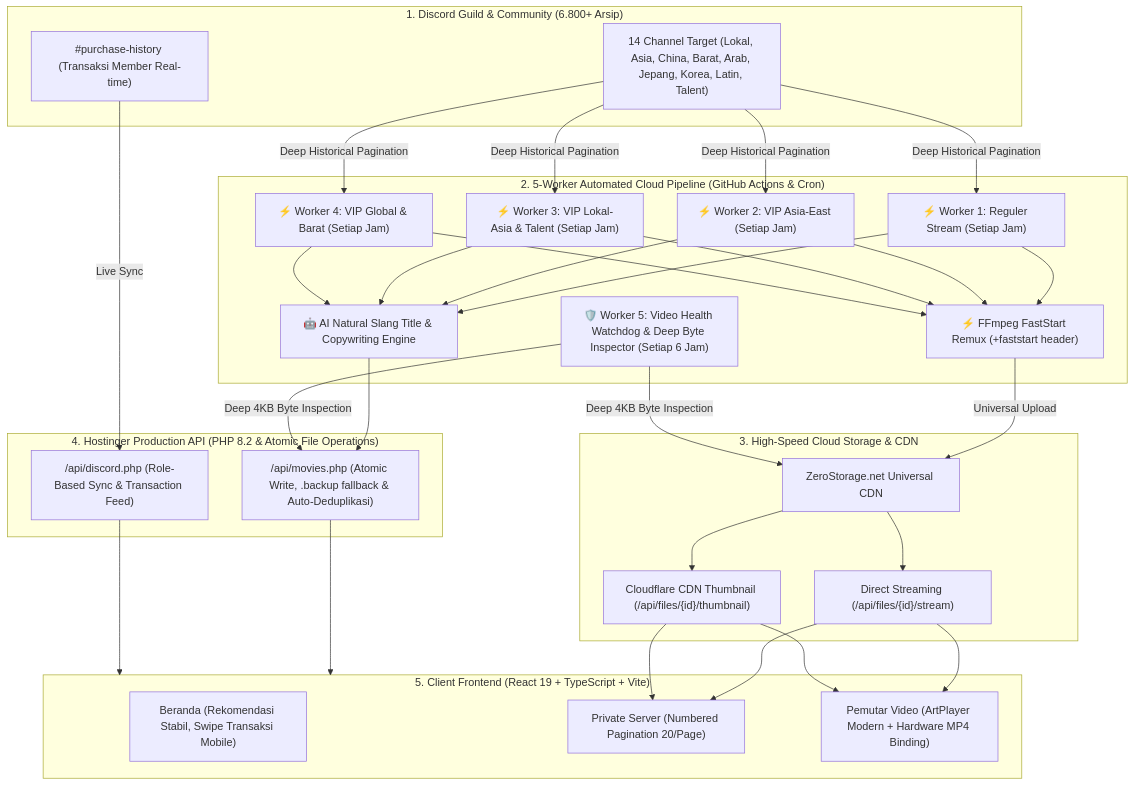
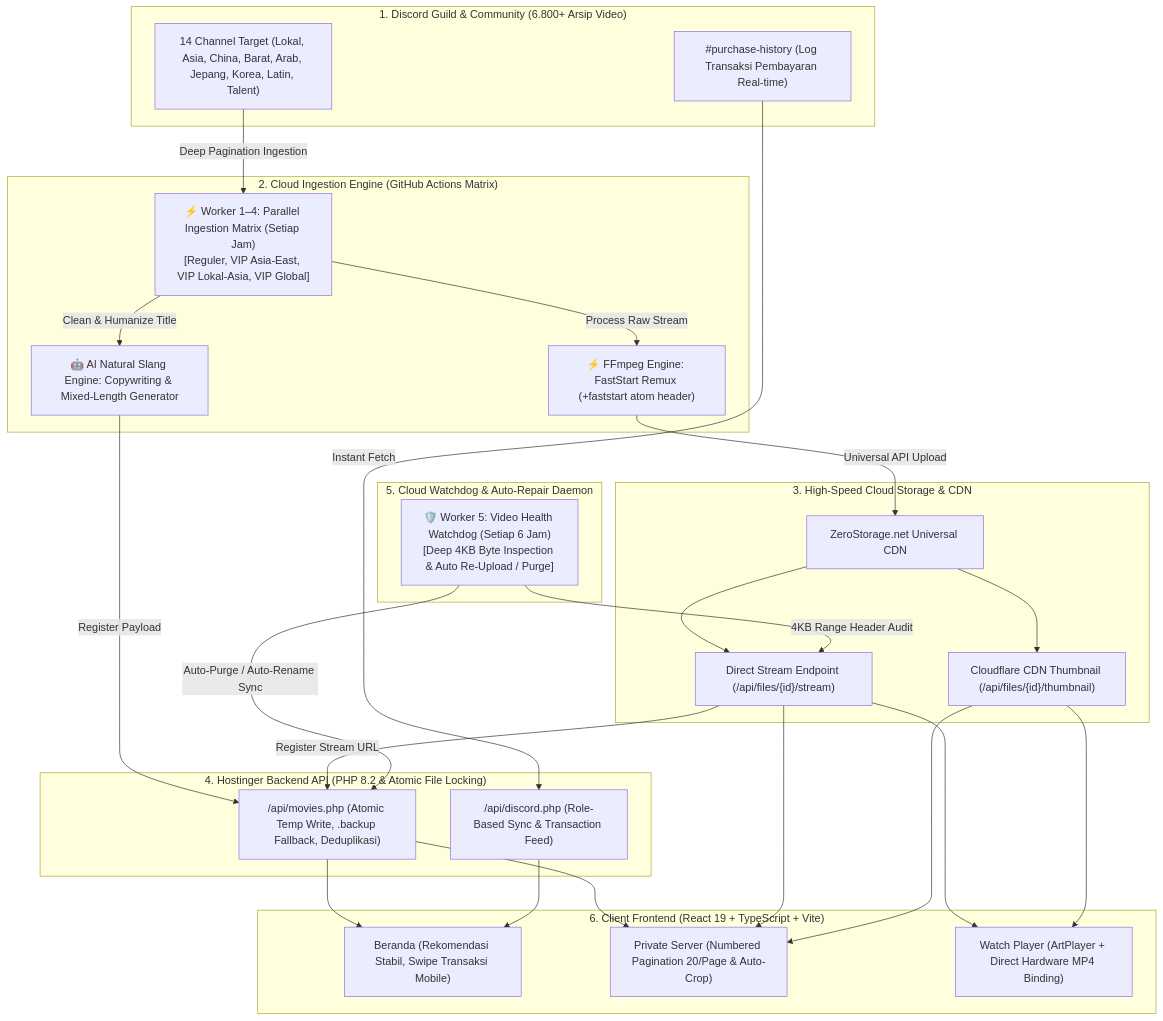
Before and after one commit to YerikhoArfensiasEffendi/sekolahnakal: the diagram in README.md, drawn with Mermaid. The commit also changed other lines of this file, not shown here.

Commit message:
docs(readme): overhaul System Workflow diagram and add detailed 7-step architectural breakdown

````diff
--- a/README.md
+++ b/README.md
@@ -30,45 +30,55 @@
 ```mermaid
 flowchart TD
-    subgraph Discord["1. Discord Guild & Community (6.800+ Arsip)"]
-        DC1["14 Channel Target (Lokal, Asia, China, Barat, Arab, Jepang, Korea, Latin, Talent)"]
-        DC2["#purchase-history (Transaksi Member Real-time)"]
+    subgraph S1["1. Discord Guild & Community (6.800+ Arsip Video)"]
+        DC_CHANNELS["14 Channel Target (Lokal, Asia, China, Barat, Arab, Jepang, Korea, Latin, Talent)"]
+        DC_PURCHASE["#purchase-history (Log Transaksi Pembayaran Real-time)"]
     end
 
-    subgraph GitHubActions["2. 5-Worker Automated Cloud Pipeline (GitHub Actions & Cron)"]
-        W1["⚡ Worker 1: Reguler Stream (Setiap Jam)"]
-        W2["⚡ Worker 2: VIP Asia-East (Setiap Jam)"]
-        W3["⚡ Worker 3: VIP Lokal-Asia & Talent (Setiap Jam)"]
-        W4["⚡ Worker 4: VIP Global & Barat (Setiap Jam)"]
-        W5["🛡️ Worker 5: Video Health Watchdog & Deep Byte Inspector (Setiap 6 Jam)"]
-        AI_TITLE["🤖 AI Natural Slang Title & Copywriting Engine"]
-        FFMPEG["⚡ FFmpeg FastStart Remux (+faststart header)"]
+    subgraph S2["2. Cloud Ingestion Engine (GitHub Actions Matrix)"]
+        W_INGEST["⚡ Worker 1–4: Parallel Ingestion Matrix (Setiap Jam)\n[Reguler, VIP Asia-East, VIP Lokal-Asia, VIP Global]"]
+        FFMPEG["⚡ FFmpeg Engine: FastStart Remux (+faststart atom header)"]
+        AI_TITLE["🤖 AI Natural Slang Engine: Copywriting & Mixed-Length Generator"]
     end
 
-    subgraph CloudStorage["3. High-Speed Cloud Storage & CDN"]
-        ZS["ZeroStorage.net Universal CDN"]
-        ZS_API["Direct Streaming (/api/files/{id}/stream)"]
+    subgraph S3["3. High-Speed Cloud Storage & CDN"]
+        ZS_STORAGE["ZeroStorage.net Universal CDN"]
+        ZS_STREAM["Direct Stream Endpoint (/api/files/{id}/stream)"]
         ZS_THUMB["Cloudflare CDN Thumbnail (/api/files/{id}/thumbnail)"]
     end
 
-    subgraph ServerBackend["4. Hostinger Production API (PHP 8.2 & Atomic File Operations)"]
-        API_MOVIES["/api/movies.php (Atomic Write, .backup fallback & Auto-Deduplikasi)"]
+    subgraph S4["4. Hostinger Backend API (PHP 8.2 & Atomic File Locking)"]
+        API_MOVIES["/api/movies.php (Atomic Temp Write, .backup Fallback, Deduplikasi)"]
         API_DISCORD["/api/discord.php (Role-Based Sync & Transaction Feed)"]
     end
 
-    subgraph FrontendApp["5. Client Frontend (React 19 + TypeScript + Vite)"]
-        HOME["Beranda (Rekomendasi Stabil, Swipe Transaksi Mobile)"]
-        PRIVATE["Private Server (Numbered Pagination 20/Page)"]
-        WATCH["Pemutar Video (ArtPlayer Modern + Hardware MP4 Binding)"]
+    subgraph S5["5. Cloud Watchdog & Auto-Repair Daemon"]
+        W5_WATCHDOG["🛡️ Worker 5: Video Health Watchdog (Setiap 6 Jam)\n[Deep 4KB Byte Inspection & Auto Re-Upload / Purge]"]
     end
 
-    DC1 -->|Deep Historical Pagination| W1 & W2 & W3 & W4
-    W1 & W2 & W3 & W4 --> FFMPEG
-    W1 & W2 & W3 & W4 --> AI_TITLE
-    FFMPEG -->|Universal Upload| ZS
-    ZS --> ZS_API & ZS_THUMB
-    AI_TITLE --> API_MOVIES
-    W5 -->|Deep 4KB Byte Inspection| API_MOVIES & ZS
-    DC2 -->|Live Sync| API_DISCORD
-    API_MOVIES & API_DISCORD --> FrontendApp
-    ZS_API & ZS_THUMB --> WATCH & PRIVATE
+    subgraph S6["6. Client Frontend (React 19 + TypeScript + Vite)"]
+        CLIENT_HOME["Beranda (Rekomendasi Stabil, Swipe Transaksi Mobile)"]
+        CLIENT_PRIVATE["Private Server (Numbered Pagination 20/Page & Auto-Crop)"]
+        CLIENT_WATCH["Watch Player (ArtPlayer + Direct Hardware MP4 Binding)"]
+    end
+
+    %% Pipeline Data Flow
+    DC_CHANNELS -->|Deep Pagination Ingestion| W_INGEST
+    W_INGEST -->|Process Raw Stream| FFMPEG
+    W_INGEST -->|Clean & Humanize Title| AI_TITLE
+    FFMPEG -->|Universal API Upload| ZS_STORAGE
+    ZS_STORAGE --> ZS_STREAM & ZS_THUMB
+    AI_TITLE -->|Register Payload| API_MOVIES
+    ZS_STREAM -->|Register Stream URL| API_MOVIES
+    
+    %% Watchdog Flow
+    W5_WATCHDOG -->|4KB Range Header Audit| ZS_STREAM
+    W5_WATCHDOG -->|Auto-Purge / Auto-Rename Sync| API_MOVIES
+    
+    %% Discord Live Sync Flow
+    DC_PURCHASE -->|Instant Fetch| API_DISCORD
+    
+    %% Frontend Consumption
+    API_MOVIES --> CLIENT_HOME & CLIENT_PRIVATE
+    API_DISCORD --> CLIENT_HOME
+    ZS_STREAM & ZS_THUMB --> CLIENT_WATCH & CLIENT_PRIVATE
 ```
````
